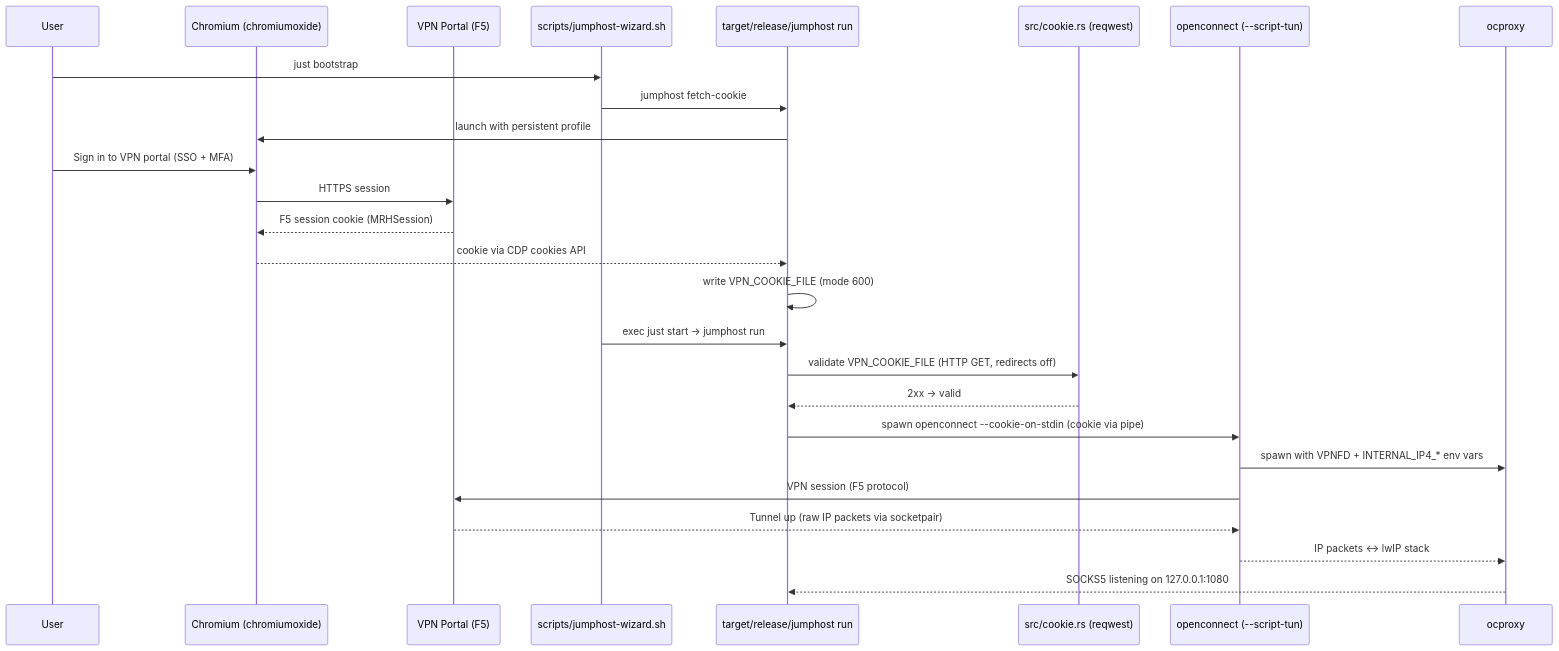
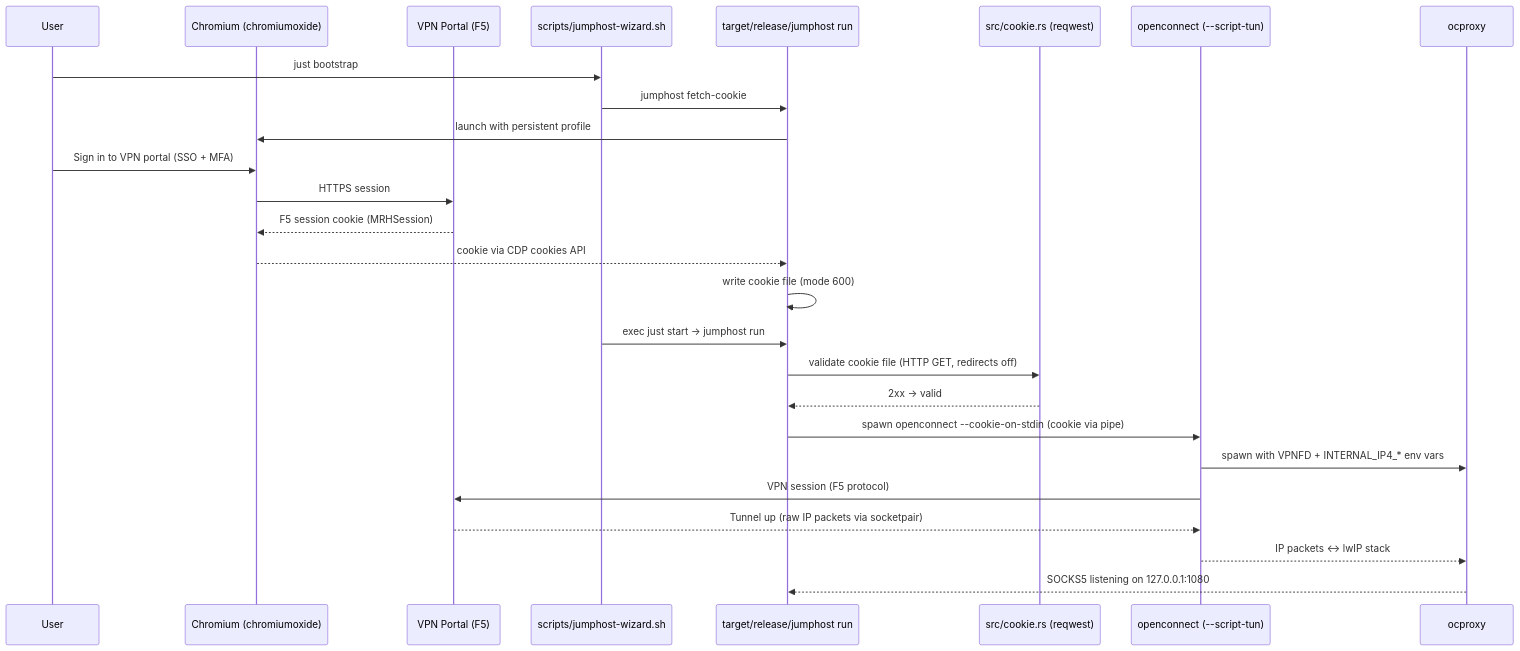
The second of 2 diagrams in docs/architecture.md (VITO-RMA/vpn-jumphost), drawn with Mermaid before and after one commit. The commit also changed other lines of this file and 14 other files, not shown here.

````diff
--- a/docs/architecture.md
+++ b/docs/architecture.md
@@ -74,29 +74,29 @@
 ```mermaid
 sequenceDiagram
   participant User
   participant Chromium as Chromium (chromiumoxide)
   participant Portal as VPN Portal (F5)
   participant Wizard as scripts/jumphost-wizard.sh
   participant JH as target/release/jumphost run
   participant Cookie as src/cookie.rs (reqwest)
   participant OC as openconnect (--script-tun)
   participant OCP as ocproxy
 
   User->>Wizard: just bootstrap
   Wizard->>JH: jumphost fetch-cookie
   JH->>Chromium: launch with persistent profile
   User->>Chromium: Sign in to VPN portal (SSO + MFA)
   Chromium->>Portal: HTTPS session
   Portal-->>Chromium: F5 session cookie (MRHSession)
   Chromium-->>JH: cookie via CDP cookies API
-  JH->>JH: write VPN_COOKIE_FILE (mode 600)
+  JH->>JH: write cookie file (mode 600)
   Wizard->>JH: exec just start → jumphost run
-  JH->>Cookie: validate VPN_COOKIE_FILE (HTTP GET, redirects off)
+  JH->>Cookie: validate cookie file (HTTP GET, redirects off)
   Cookie-->>JH: 2xx → valid
   JH->>OC: spawn openconnect --cookie-on-stdin (cookie via pipe)
   OC->>OCP: spawn with VPNFD + INTERNAL_IP4_* env vars
   OC->>Portal: VPN session (F5 protocol)
   Portal-->>OC: Tunnel up (raw IP packets via socketpair)
   OC-->>OCP: IP packets ↔ lwIP stack
   OCP-->>JH: SOCKS5 listening on 127.0.0.1:1080
 ```
````
